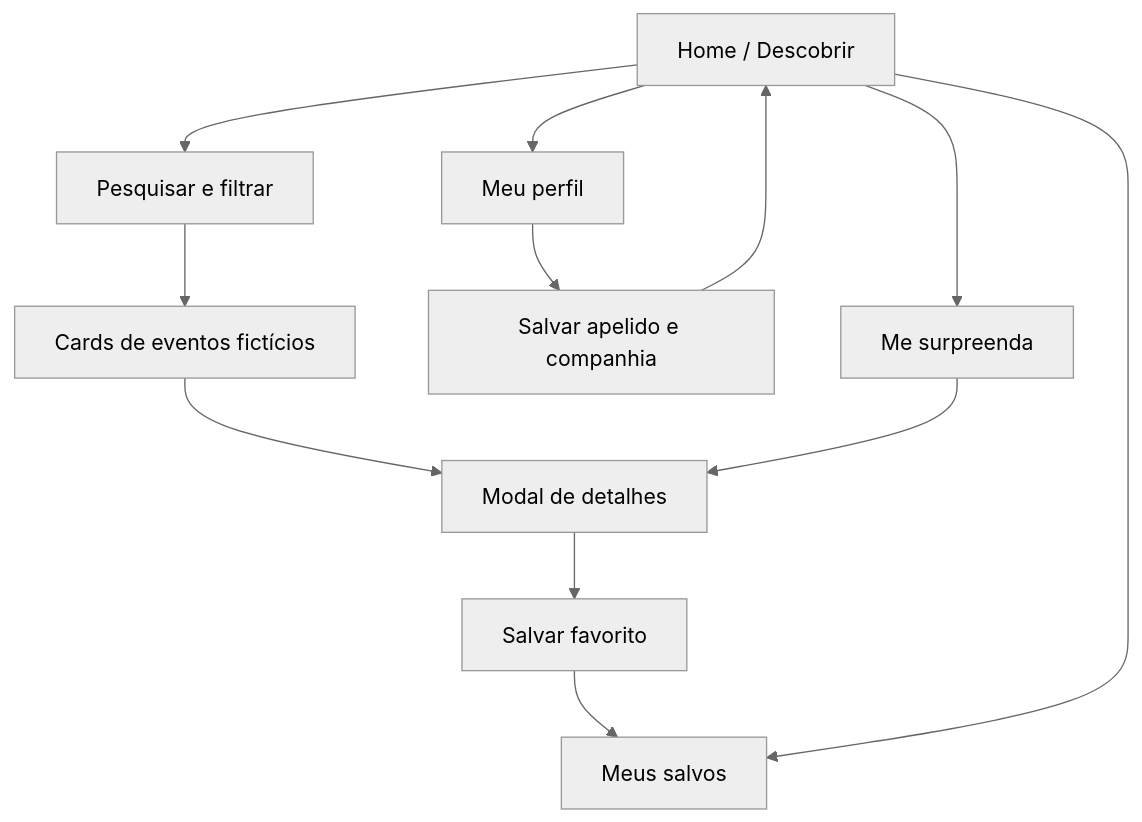
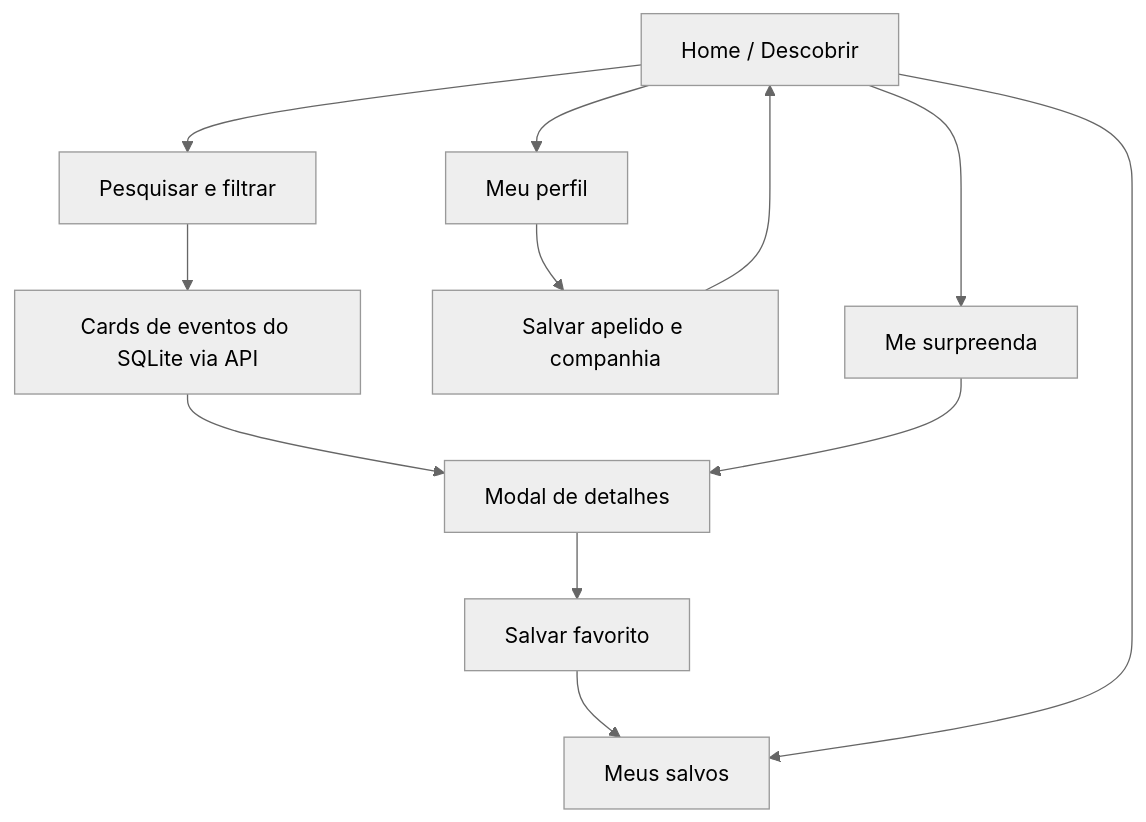
Before and after one commit to lidiatapajos/GoOut-site: the diagram in docs/GUIA-DO-PROJETO.md, drawn with Mermaid (neutral theme). The commit also changed other lines of this file and 12 other files, not shown here.

````diff
--- a/docs/GUIA-DO-PROJETO.md
+++ b/docs/GUIA-DO-PROJETO.md
@@ -22,14 +22,14 @@
 ```mermaid
 flowchart TD
     A[Home / Descobrir] --> B[Pesquisar e filtrar]
-    B --> C[Cards de eventos fictícios]
+    B --> C[Cards de eventos do SQLite via API]
     C --> D[Modal de detalhes]
     D --> E[Salvar favorito]
     E --> F[Meus salvos]
     A --> F
     A --> G[Meu perfil]
     G --> H[Salvar apelido e companhia]
     H --> A
     A --> I[Me surpreenda]
     I --> D
 ```
````
